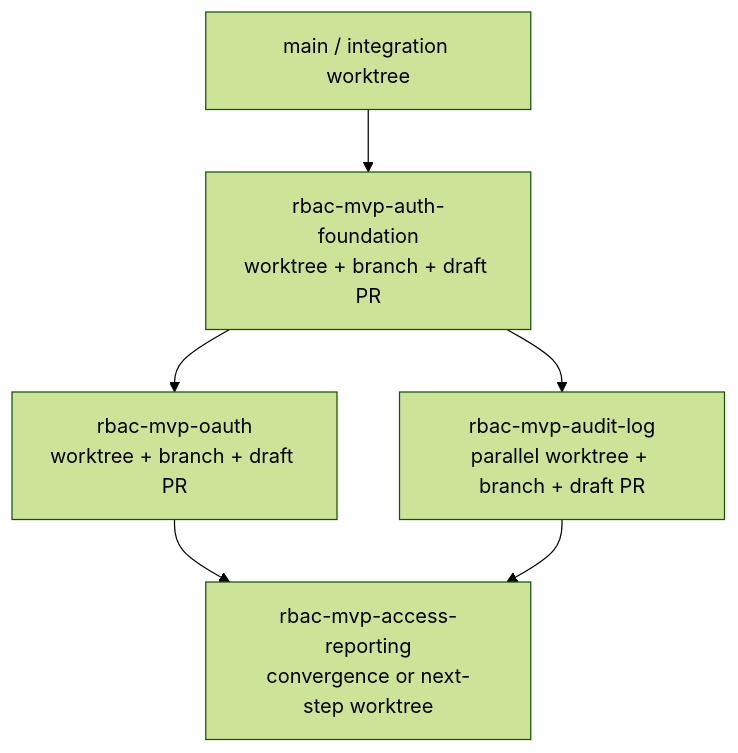
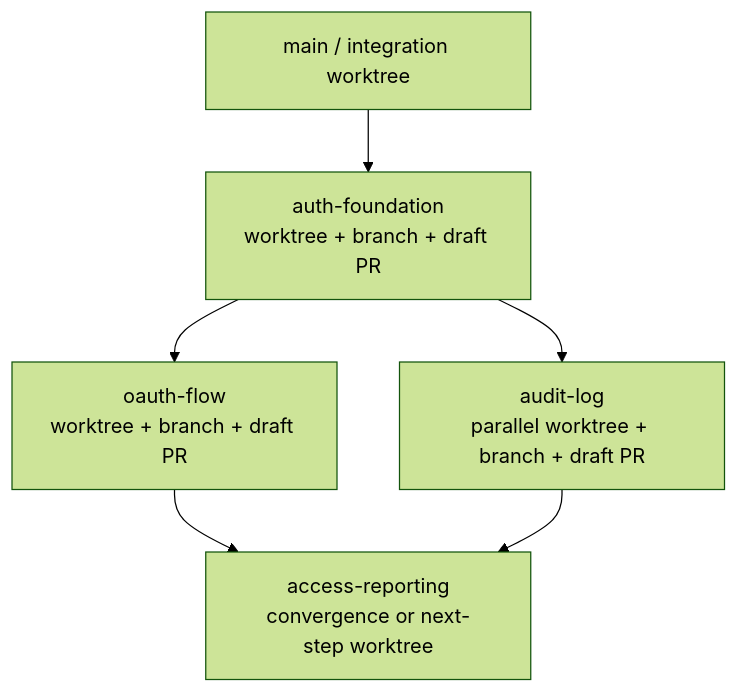
One commit to zazzcode/zazz changed the third of 6 diagrams in docs/proposals/worktree-native-pr-orchestrator.md. Above: the diagram before and after it, drawn with Mermaid (forest theme). The commit also changed other lines of this file and 3 other files, not shown here.

````diff
--- a/docs/proposals/worktree-native-pr-orchestrator.md
+++ b/docs/proposals/worktree-native-pr-orchestrator.md
@@ -95,8 +178,8 @@
 ```mermaid
 flowchart TD
-    M["main / integration worktree"] --> A["rbac-mvp-auth-foundation<br/>worktree + branch + draft PR"]
-    A --> B["rbac-mvp-oauth<br/>worktree + branch + draft PR"]
-    A --> C["rbac-mvp-audit-log<br/>parallel worktree + branch + draft PR"]
-    B --> D["rbac-mvp-access-reporting<br/>convergence or next-step worktree"]
+    M["main / integration worktree"] --> A["auth-foundation<br/>worktree + branch + draft PR"]
+    A --> B["oauth-flow<br/>worktree + branch + draft PR"]
+    A --> C["audit-log<br/>parallel worktree + branch + draft PR"]
+    B --> D["access-reporting<br/>convergence or next-step worktree"]
     C --> D
 ```
````
